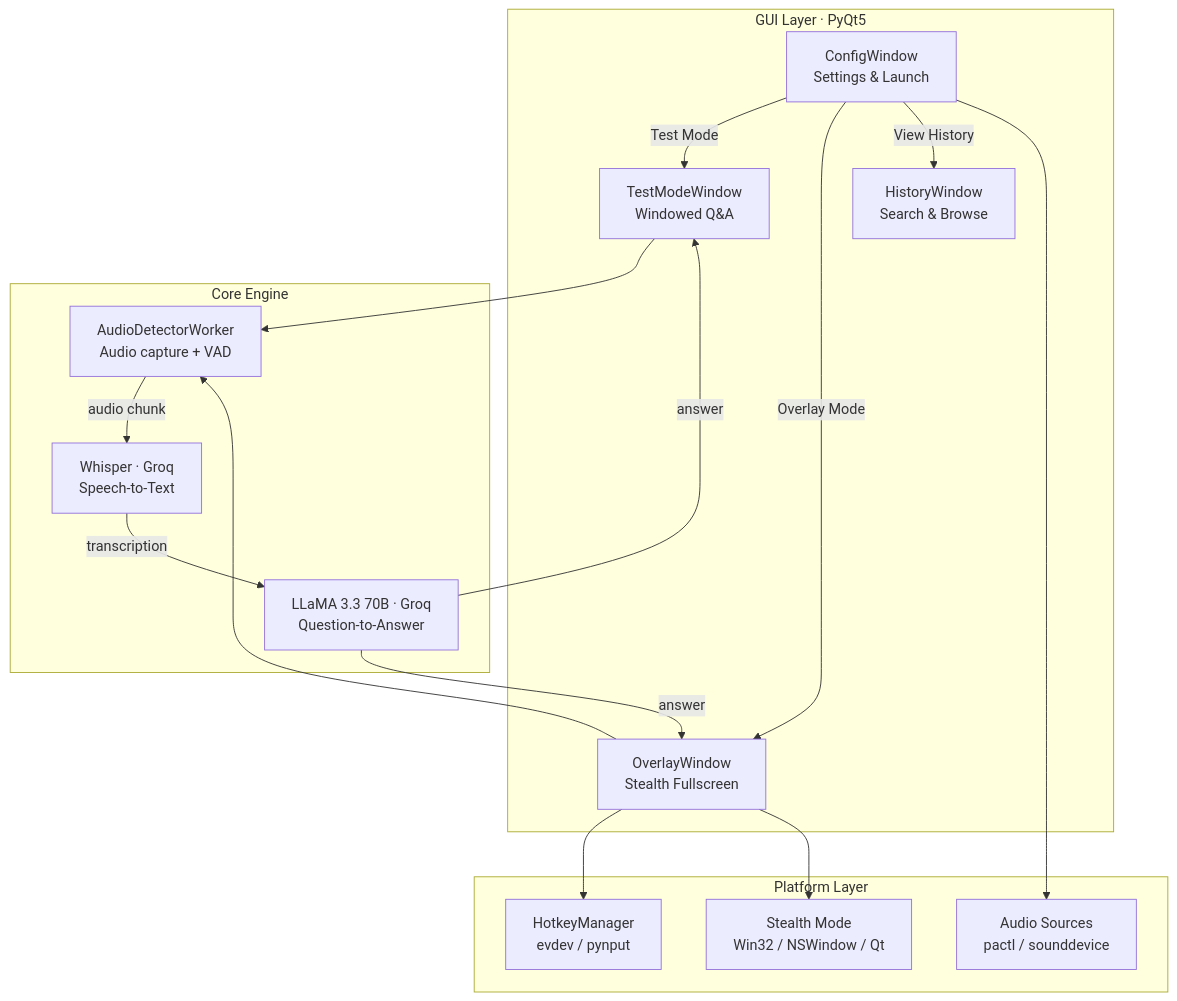
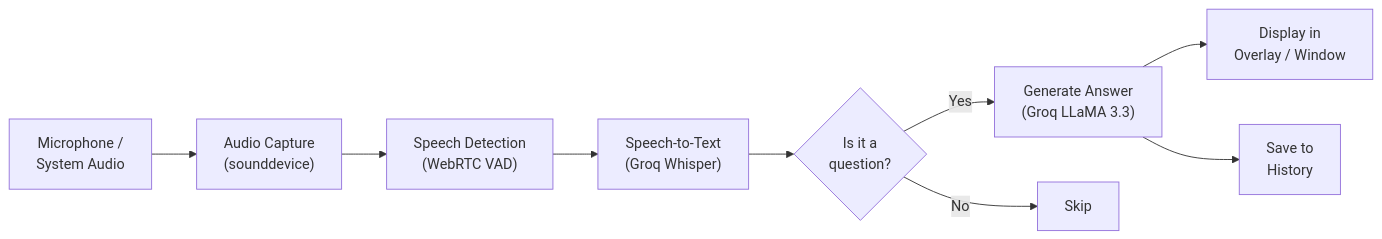
The first of 2 diagrams in README.md (Alkaness/audio_question_detector), drawn with Mermaid before and after one commit. The commit also changed other lines of this file, not shown here.

Commit message:
Improve architecture docs: clearer diagrams, tables, pipeline detail

````diff
--- a/README.md
+++ b/README.md
@@ -45,33 +49,11 @@
 ```mermaid
-graph TB
-    subgraph UI["GUI Layer · PyQt5"]
-        CW["ConfigWindow<br/>Settings & Launch"]
-        TM["TestModeWindow<br/>Windowed Q&A"]
-        OW["OverlayWindow<br/>Stealth Fullscreen"]
-        HW["HistoryWindow<br/>Search & Browse"]
-    end
-
-    subgraph Core["Core Engine"]
-        ADW["AudioDetectorWorker<br/>Audio capture + VAD"]
-        WH["Whisper · Groq<br/>Speech-to-Text"]
-        LLM["LLaMA 3.3 70B · Groq<br/>Question-to-Answer"]
-    end
-
-    subgraph Platform["Platform Layer"]
-        HK["HotkeyManager<br/>evdev / pynput"]
-        AS["Audio Sources<br/>pactl / sounddevice"]
-        ST["Stealth Mode<br/>Win32 / NSWindow / Qt"]
-    end
-
-    CW -->|"Test Mode"| TM
-    CW -->|"Overlay Mode"| OW
-    CW -->|"View History"| HW
-    TM --> ADW
-    OW --> ADW
-    ADW -->|"audio chunk"| WH
-    WH -->|"transcription"| LLM
-    LLM -->|"answer"| TM & OW
-    OW --> HK
-    OW --> ST
-    CW --> AS
+graph LR
+    MIC["Microphone /<br/>System Audio"] --> CAP["Audio Capture<br/>(sounddevice)"]
+    CAP --> VAD["Speech Detection<br/>(WebRTC VAD)"]
+    VAD --> STT["Speech-to-Text<br/>(Groq Whisper)"]
+    STT --> DET{"Is it a<br/>question?"}
+    DET -->|Yes| LLM["Generate Answer<br/>(Groq LLaMA 3.3)"]
+    DET -->|No| SKIP["Skip"]
+    LLM --> DISP["Display in<br/>Overlay / Window"]
+    LLM --> HIST["Save to<br/>History"]
 ```
````
